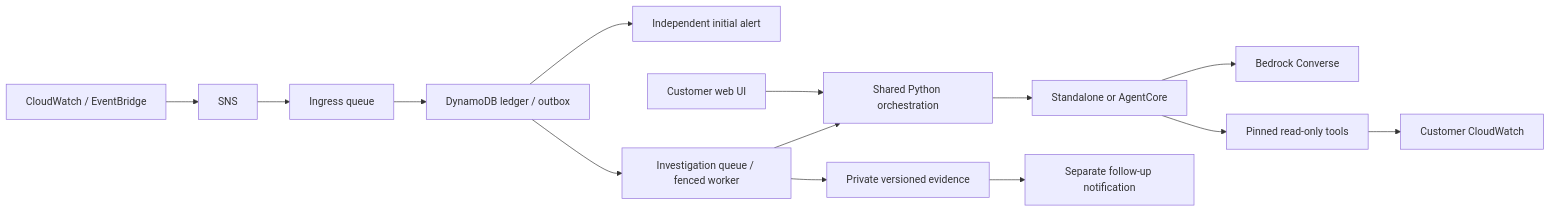
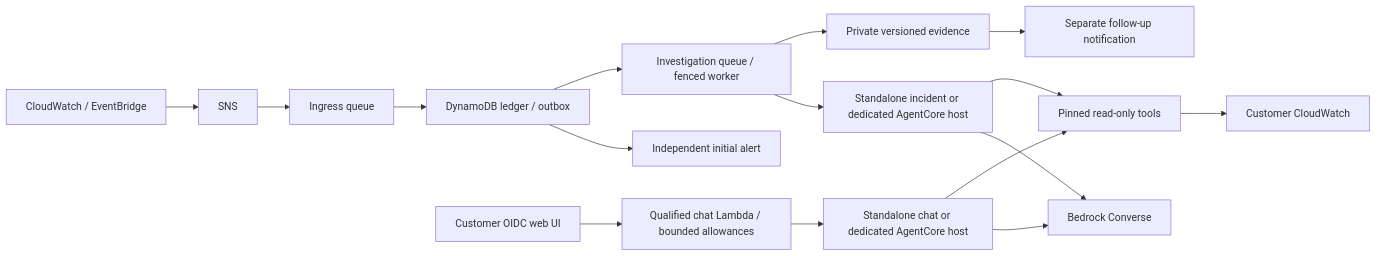
Before and after one commit to hamzashah14/Argus: the diagram in README.md, drawn with Mermaid. The commit also changed other lines of this file and 57 other files, not shown here.

````diff
--- a/README.md
+++ b/README.md
@@ -21,16 +22,18 @@
 ```mermaid
 flowchart LR
     Events[CloudWatch / EventBridge] --> SNS[SNS]
     SNS --> Ingress[Ingress queue]
     Ingress --> Ledger[DynamoDB ledger / outbox]
     Ledger --> Initial[Independent initial alert]
     Ledger --> Work[Investigation queue / fenced worker]
-    UI[Customer web UI] --> Core[Shared Python orchestration]
-    Work --> Core
-    Core --> Target[Standalone or AgentCore]
-    Target --> Model[Bedrock Converse]
-    Target --> Tools[Pinned read-only tools]
+    UI[Customer OIDC web UI] --> Chat[Qualified chat Lambda / bounded allowances]
+    Chat --> ChatTarget[Standalone chat or dedicated AgentCore host]
+    Work --> Target[Standalone incident or dedicated AgentCore host]
+    ChatTarget --> Model[Bedrock Converse]
+    Target --> Model
+    ChatTarget --> Tools[Pinned read-only tools]
+    Target --> Tools
     Tools --> CW[Customer CloudWatch]
     Work --> Evidence[Private versioned evidence]
     Evidence --> Followup[Separate follow-up notification]
 ```
````
